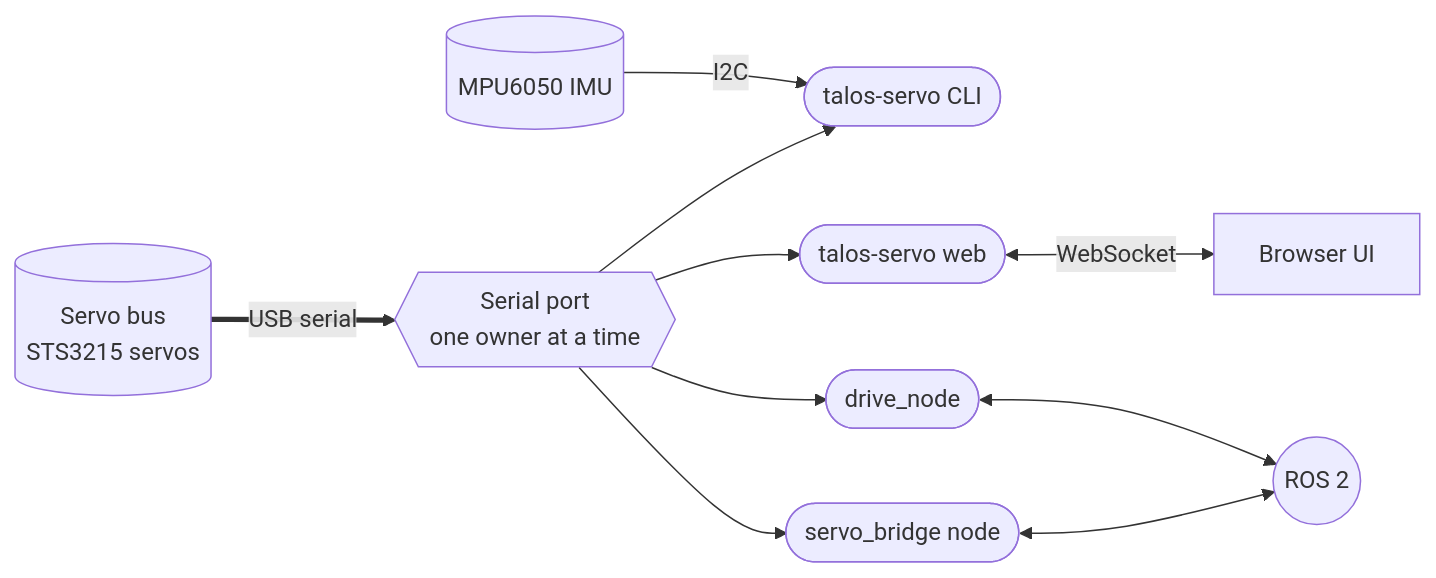
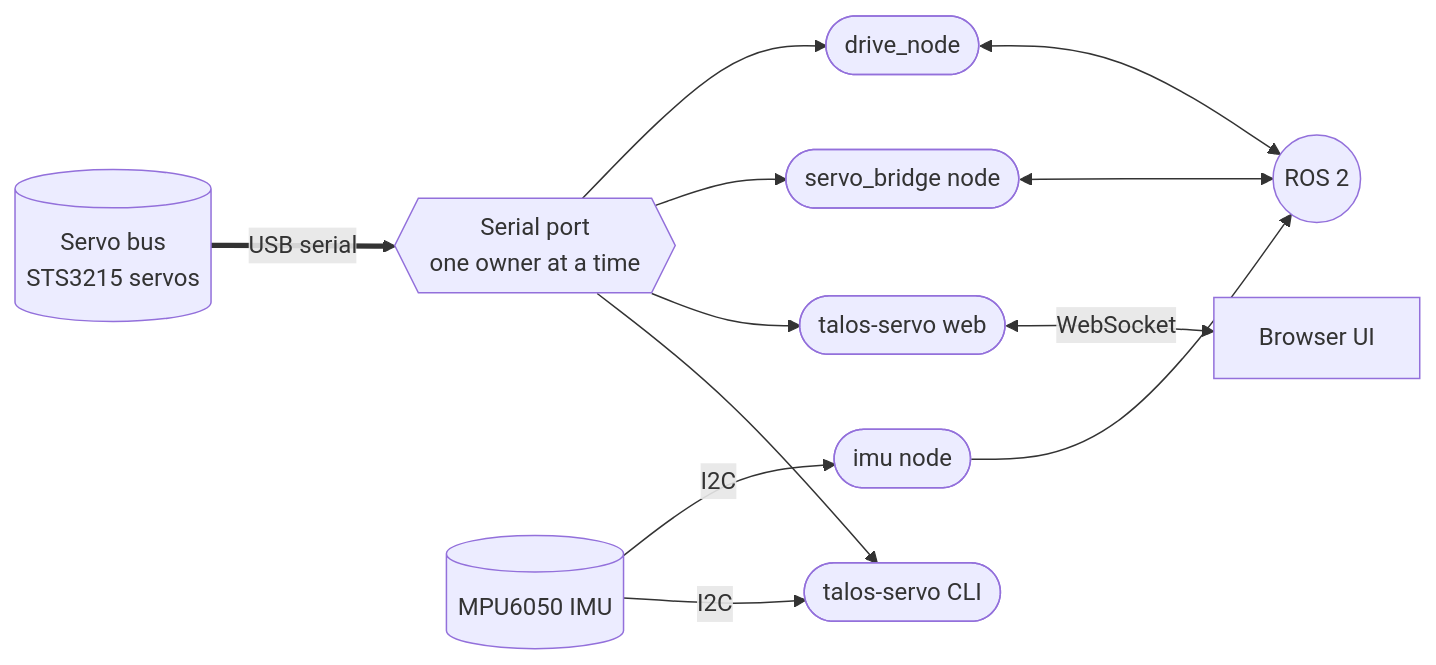
The first of 5 diagrams in README.md (Annnnya/talos_hack), drawn with Mermaid before and after one commit. The commit also changed other lines of this file, not shown here.

Commit message:
docs: document the imu ros topics in the readme

````diff
--- a/README.md
+++ b/README.md
@@ -16,14 +16,16 @@
 ```mermaid
 flowchart LR
   accTitle: What runs where
   accDescr: The servo bus connects over USB serial to exactly one program at a time
   servos[("Servo bus<br/>STS3215 servos")] ==>|USB serial| port{{"Serial port<br/>one owner at a time"}}
   port --> cli(["talos-servo CLI"])
   port --> web(["talos-servo web"])
   port --> bridge(["servo_bridge node"])
   port --> drive(["drive_node"])
   imu[("MPU6050 IMU")] -->|I2C| cli
+  imu -->|I2C| imunode(["imu node"])
+  imunode --> ros
   web <-->|WebSocket| browser["Browser UI"]
   bridge <--> ros(("ROS 2"))
   drive <--> ros
 ```
````
